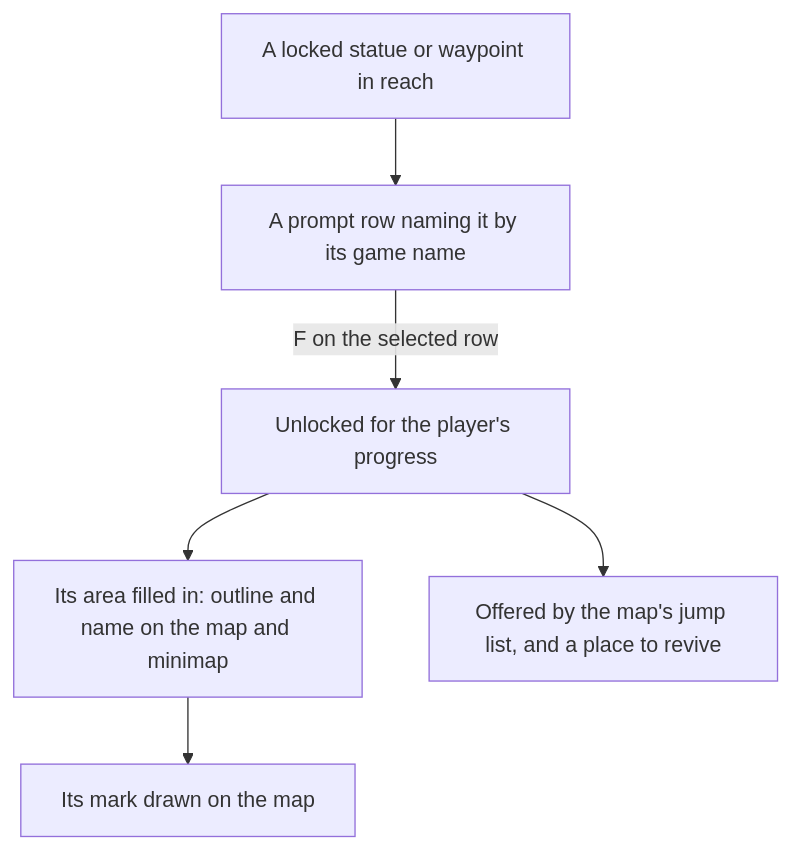
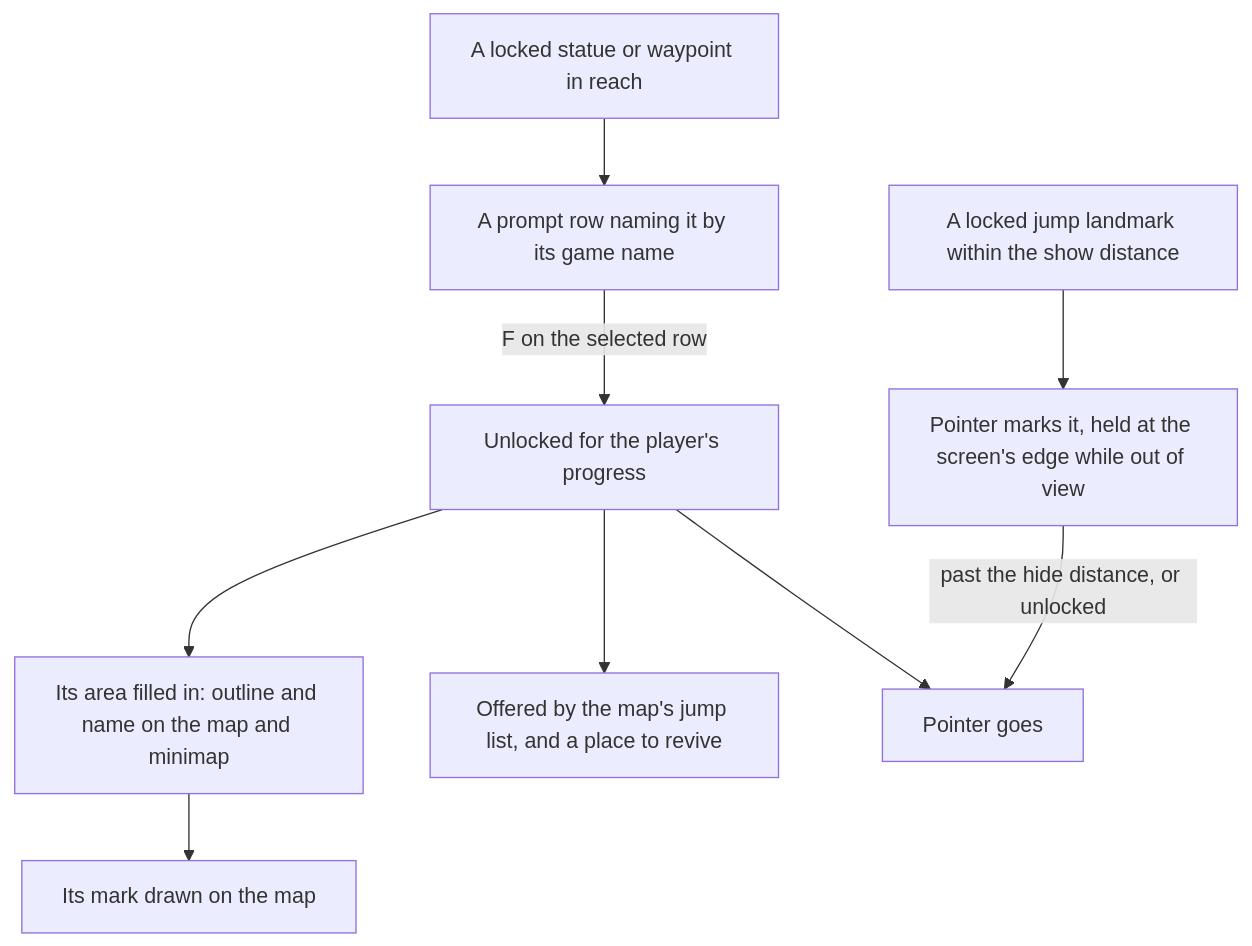
The diagram in openspec/specs/genshin/map-unlocking/design.md (Esposter/Esposter), drawn with Mermaid before and after one commit. The commit also changed other lines of this file and 15 other files, not shown here.

````diff
--- a/openspec/specs/genshin/map-unlocking/design.md
+++ b/openspec/specs/genshin/map-unlocking/design.md
@@ -7,8 +7,11 @@
 ```mermaid
 flowchart TD
   NEAR["A locked statue or waypoint in reach"] --> PROMPT["A prompt row naming it by its game name"]
   PROMPT -->|"F on the selected row"| UNLOCK["Unlocked for the player's progress"]
   UNLOCK --> FILL["Its area filled in: outline and name on the map and minimap"]
   UNLOCK --> JUMP["Offered by the map's jump list, and a place to revive"]
   FILL --> MARK["Its mark drawn on the map"]
+  NEARBY["A locked jump landmark within the show distance"] --> POINT["Pointer marks it, held at the screen's edge while out of view"]
+  POINT -->|"past the hide distance, or unlocked"| GONE["Pointer goes"]
+  UNLOCK --> GONE
 ```
````
